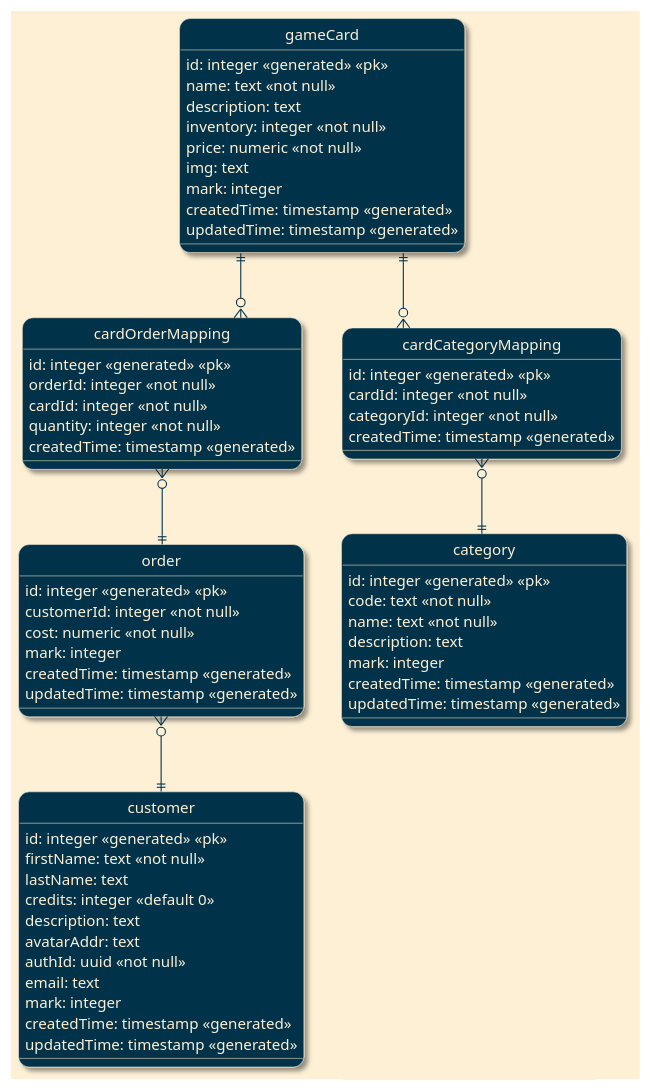
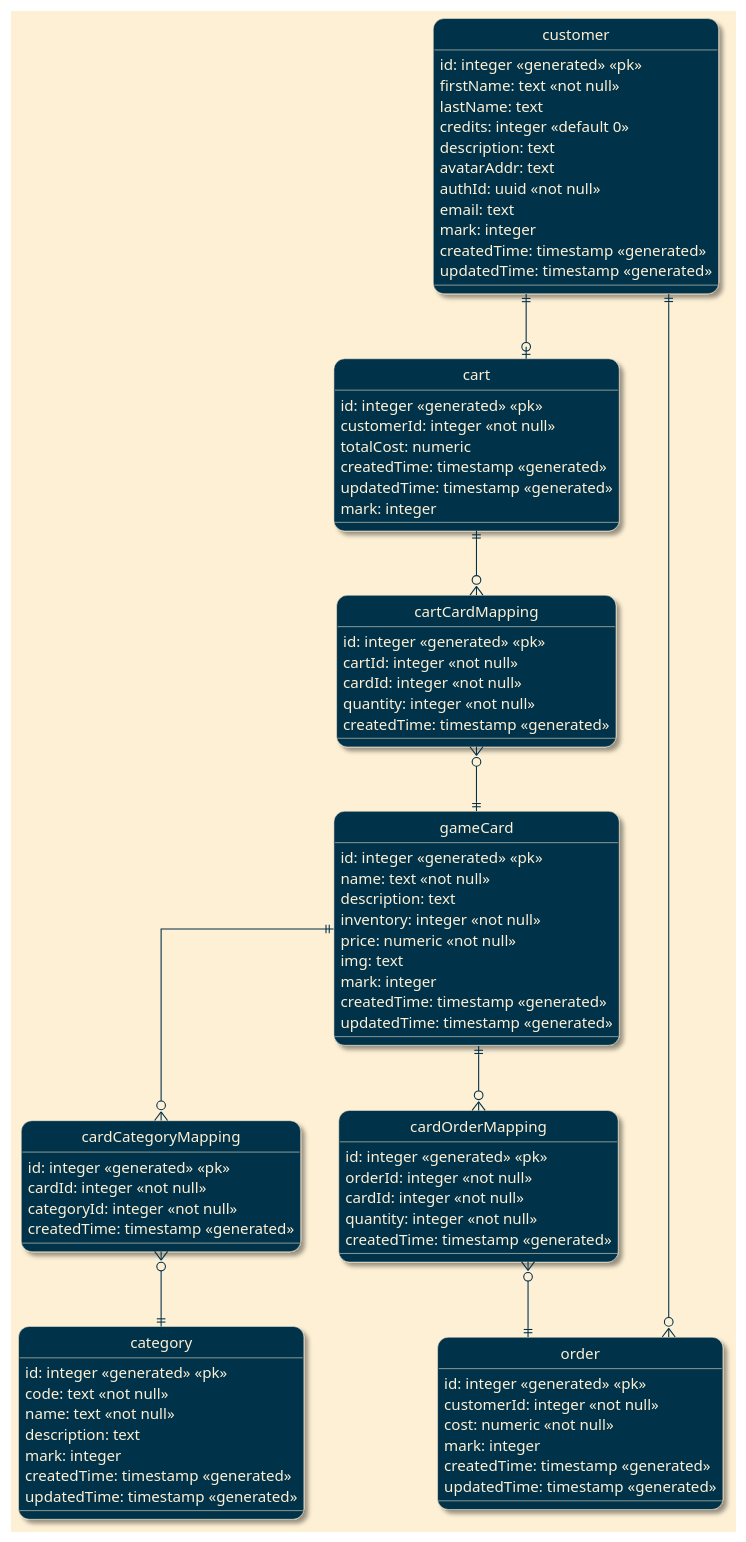
The diagram in entities.puml (feolive/game-card-rental), drawn with PlantUML before and after one commit. The commit also changed 12 other files, not shown here.

```diff
--- a/entities.puml
+++ b/entities.puml
@@ -1,82 +1,103 @@
 @startuml game card rental entities
+' left to right direction
 hide circle
 skinparam linetype ortho
 skinparam backgroundColor #fdf0d5
 skinparam roundcorner 20
 skinparam shadowing true
 skinparam class {
     backgroundColor #003049
     arrowColor #003049
     borderColor #fdf0d5
     fontColor #fdf0d5
     attributeFontColor #fdf0d5
 }
 
 entity customer {
     id: integer <<generated>> <<pk>>
     firstName: text <<not null>>
     lastName: text
     credits: integer <<default 0>>
     description: text
     avatarAddr: text
     authId: uuid <<not null>>
     email: text
     mark: integer
     createdTime: timestamp <<generated>>
     updatedTime: timestamp <<generated>>
 }
 
 entity gameCard {
     id: integer <<generated>> <<pk>>
     name: text <<not null>>
     description: text
     inventory: integer <<not null>>
     price: numeric <<not null>>
     img: text
     mark: integer
     createdTime: timestamp <<generated>>
     updatedTime: timestamp <<generated>>
 }
 
 entity order {
     id: integer <<generated>> <<pk>>
     customerId: integer <<not null>>
     cost: numeric <<not null>>
     mark: integer
     createdTime: timestamp <<generated>>
     updatedTime: timestamp <<generated>>
 }
 
 entity cardOrderMapping {
     id: integer <<generated>> <<pk>>
     orderId: integer <<not null>>
     cardId: integer <<not null>>
     quantity: integer <<not null>>
     createdTime: timestamp <<generated>>
 }
 
 entity cardCategoryMapping {
     id: integer <<generated>> <<pk>>
     cardId: integer <<not null>>
     categoryId: integer <<not null>>
     createdTime: timestamp <<generated>>
 }
 
 entity category {
     id: integer <<generated>> <<pk>>
     code: text <<not null>>
     name: text <<not null>>
     description: text
     mark: integer
     createdTime: timestamp <<generated>>
     updatedTime: timestamp <<generated>>
 }
 
+entity cart {
+    id: integer <<generated>> <<pk>>
+    customerId: integer <<not null>>
+    totalCost: numeric
+    createdTime: timestamp <<generated>>
+    updatedTime: timestamp <<generated>>
+    mark: integer
+}
+
+entity cartCardMapping {
+    id: integer <<generated>> <<pk>>
+    cartId: integer <<not null>>
+    cardId: integer <<not null>>
+    quantity: integer <<not null>>
+    createdTime: timestamp <<generated>>
+}
+
 order }o--|| customer
 gameCard ||--o{ cardOrderMapping
 cardOrderMapping }o--|| order
 gameCard ||--o{ cardCategoryMapping
 cardCategoryMapping }o--|| category
+cart ||--o{ cartCardMapping
+cartCardMapping }o--|| gameCard
+customer ||--o| cart
 
 
 @enduml
```
